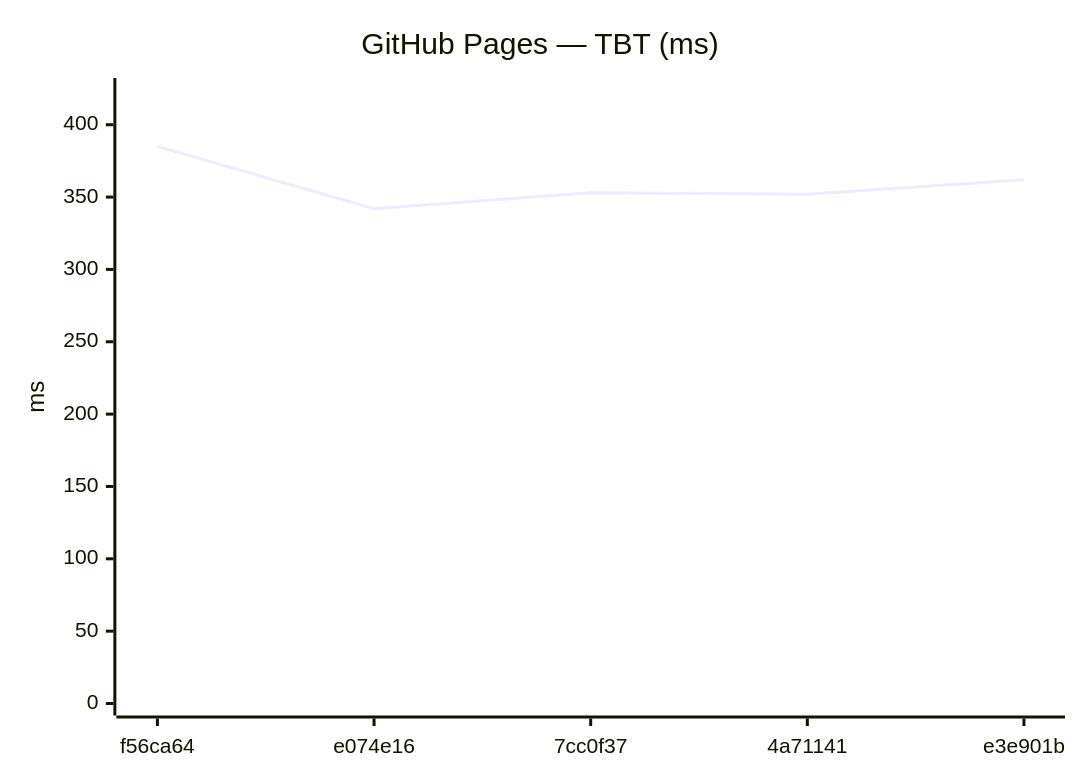
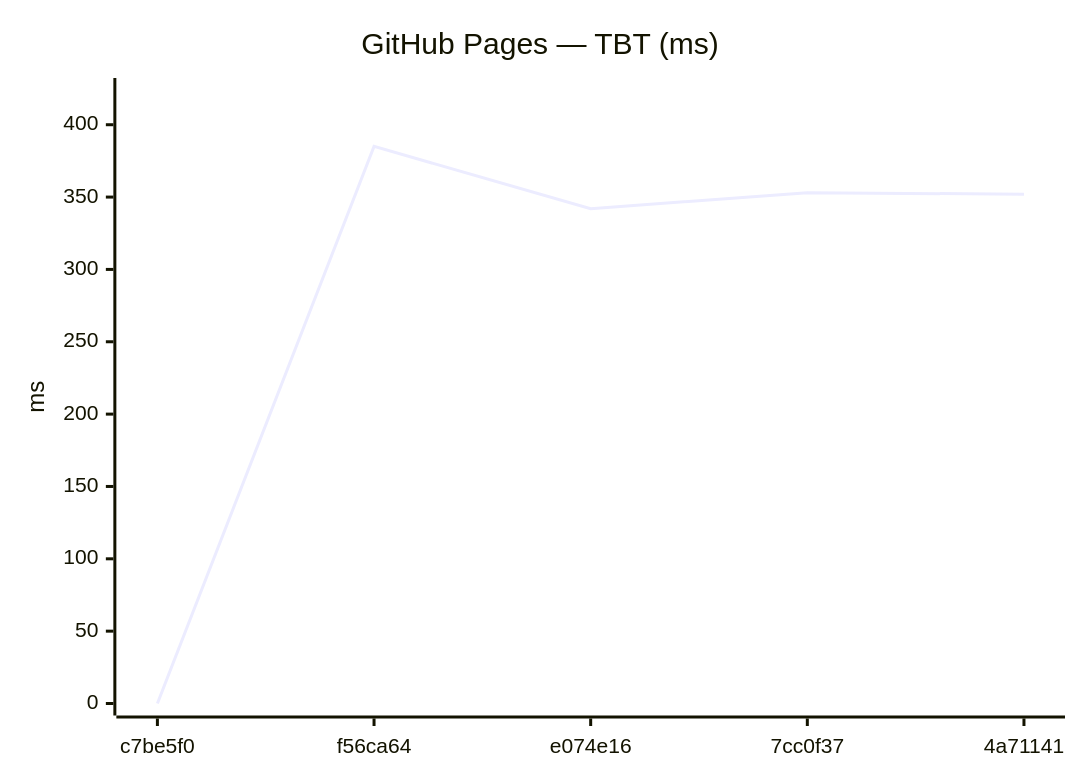
Before and after one commit to Metaheurist/Rianell: the tenth of 18 diagrams in benchmarks/compare.md, drawn with Mermaid. The commit also changed other lines of this file and 11 other files, not shown here.

````diff
--- a/benchmarks/compare.md
+++ b/benchmarks/compare.md
@@ -149,7 +149,7 @@
 ```mermaid
 xychart-beta
     title "GitHub Pages — TBT (ms)"
-    x-axis ["f56ca64", "e074e16", "7cc0f37", "4a71141", "e3e901b"]
+    x-axis ["c7be5f0", "f56ca64", "e074e16", "7cc0f37", "4a71141"]
     y-axis "ms" 0 --> 424
-    line [385, 342, 353, 352, 362]
+    line [0, 385, 342, 353, 352]
 ```
````
